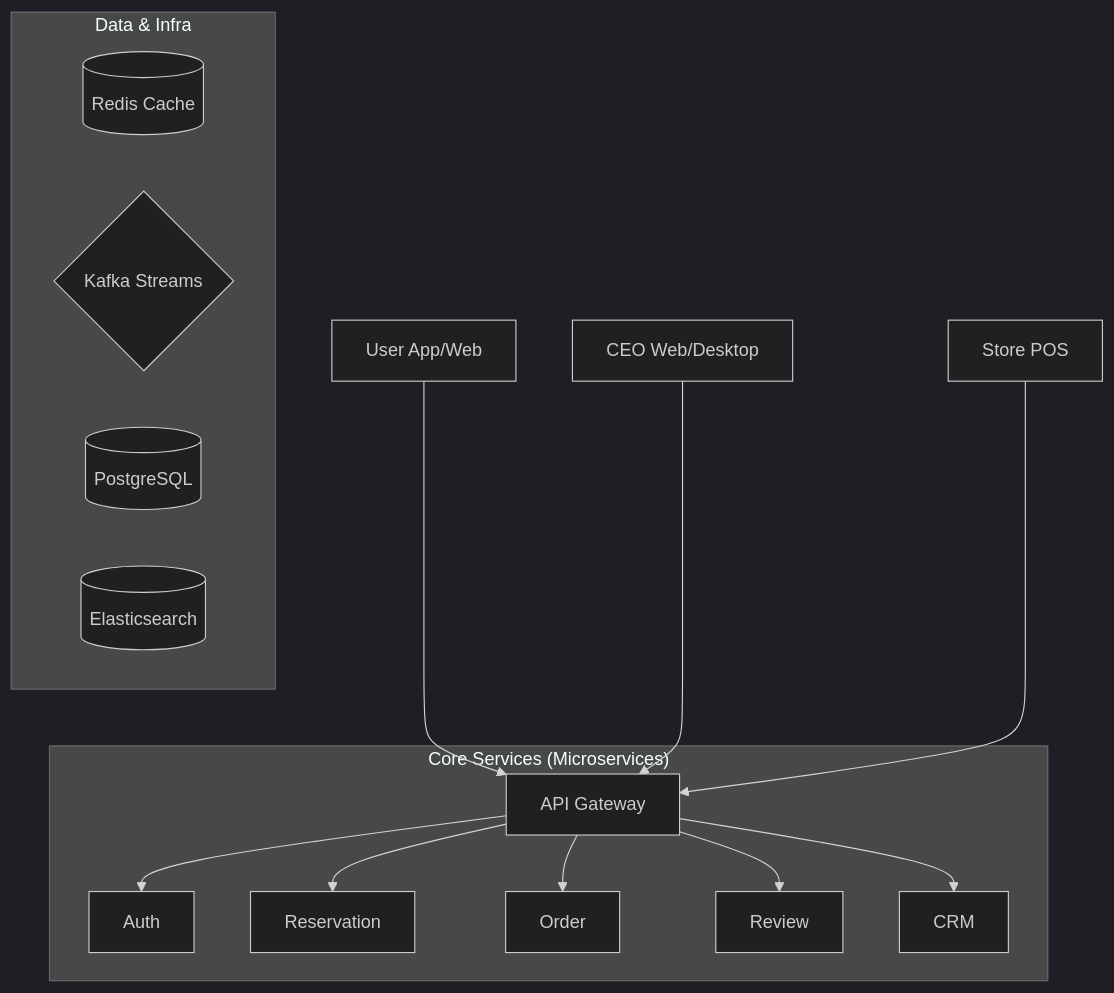
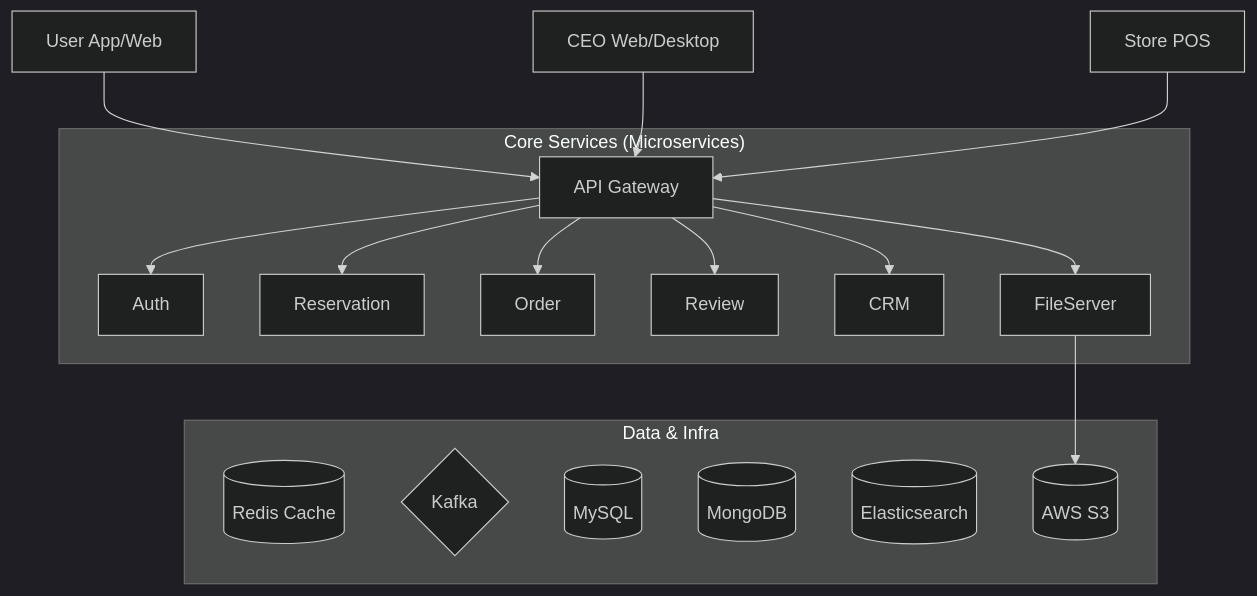
The diagram in README.md (FORCU27/fooding), drawn with Mermaid (dark theme) before and after one commit. The commit also changed other lines of this file, not shown here.

````diff
--- a/README.md
+++ b/README.md
@@ -102,21 +121,26 @@
 ```mermaid
 graph TD
     User[User App/Web] --> GW[API Gateway]
     CEO[CEO Web/Desktop] --> GW
     POS[Store POS] --> GW
     
     subgraph "Core Services (Microservices)"
         GW --> Auth
         GW --> Reservation
         GW --> Order
         GW --> Review
         GW --> CRM
+        GW --> FileServer
     end
     
     subgraph "Data & Infra"
         Redis[(Redis Cache)]
-        Kafka{Kafka Streams}
-        DB[(PostgreSQL)]
+        Kafka{Kafka}
+        DB[(MySQL)]
+        Mongo[(MongoDB)]
         ES[(Elasticsearch)]
+        S3[(AWS S3)]
     end
+
+    FileServer --> S3
 ```
````
